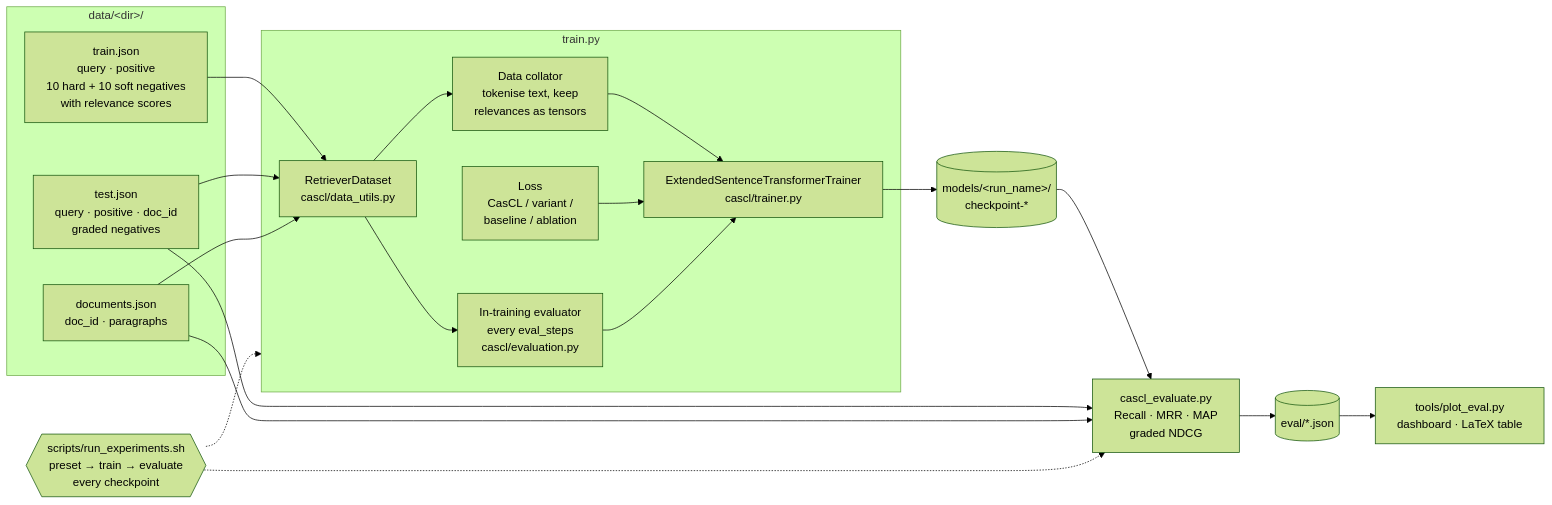
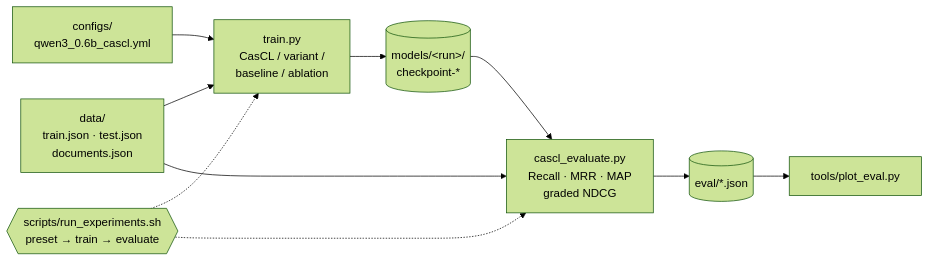
Before and after one commit to RayaneKimo/Cascading-Circle-Loss: the diagram in README.md, drawn with Mermaid (forest theme). The commit also changed other lines of this file, not shown here.

````diff
--- a/README.md
+++ b/README.md
@@ -41,34 +17,11 @@
 ```mermaid
 flowchart LR
-    subgraph DATA["data/&lt;dir&gt;/"]
-        TR["train.json<br/>query · positive<br/>10 hard + 10 soft negatives<br/>with relevance scores"]
-        TE["test.json<br/>query · positive · doc_id<br/>graded negatives"]
-        DO["documents.json<br/>doc_id · paragraphs"]
-    end
-
-    subgraph TRAIN["train.py"]
-        DS["RetrieverDataset<br/>cascl/data_utils.py"]
-        COL["Data collator<br/>tokenise text, keep<br/>relevances as tensors"]
-        LOSS["Loss<br/>CasCL / variant /<br/>baseline / ablation"]
-        TRN["ExtendedSentenceTransformerTrainer<br/>cascl/trainer.py"]
-        MON["In-training evaluator<br/>every eval_steps<br/>cascl/evaluation.py"]
-    end
-
-    CK[("models/&lt;run_name&gt;/<br/>checkpoint-*")]
-    EV["cascl_evaluate.py<br/>Recall · MRR · MAP<br/>graded NDCG"]
-    RES[("eval/*.json")]
-    PL["tools/plot_eval.py<br/>dashboard · LaTeX table"]
-
-    TR --> DS --> COL --> TRN
-    LOSS --> TRN
-    TE --> DS
-    DO --> DS
-    DS --> MON --> TRN
-    TRN --> CK --> EV --> RES --> PL
-    TE --> EV
-    DO --> EV
-
-    SH{{"scripts/run_experiments.sh<br/>preset → train → evaluate<br/>every checkpoint"}}
-    SH -.-> TRAIN
-    SH -.-> EV
+    D["data/<br/>train.json · test.json<br/>documents.json"] --> T["train.py<br/>CasCL / variant /<br/>baseline / ablation"]
+    C["configs/<br/>qwen3_0.6b_cascl.yml"] --> T
+    T --> K[("models/&lt;run&gt;/<br/>checkpoint-*")]
+    K --> E["cascl_evaluate.py<br/>Recall · MRR · MAP<br/>graded NDCG"]
+    D --> E
+    E --> R[("eval/*.json")] --> P["tools/plot_eval.py"]
+    S{{"scripts/run_experiments.sh<br/>preset → train → evaluate"}} -.-> T
+    S -.-> E
 ```
````
